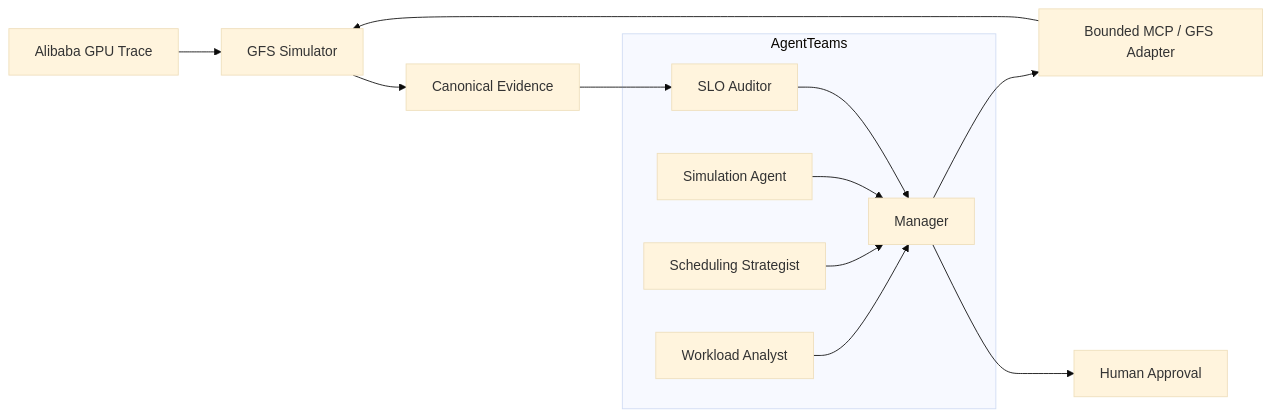
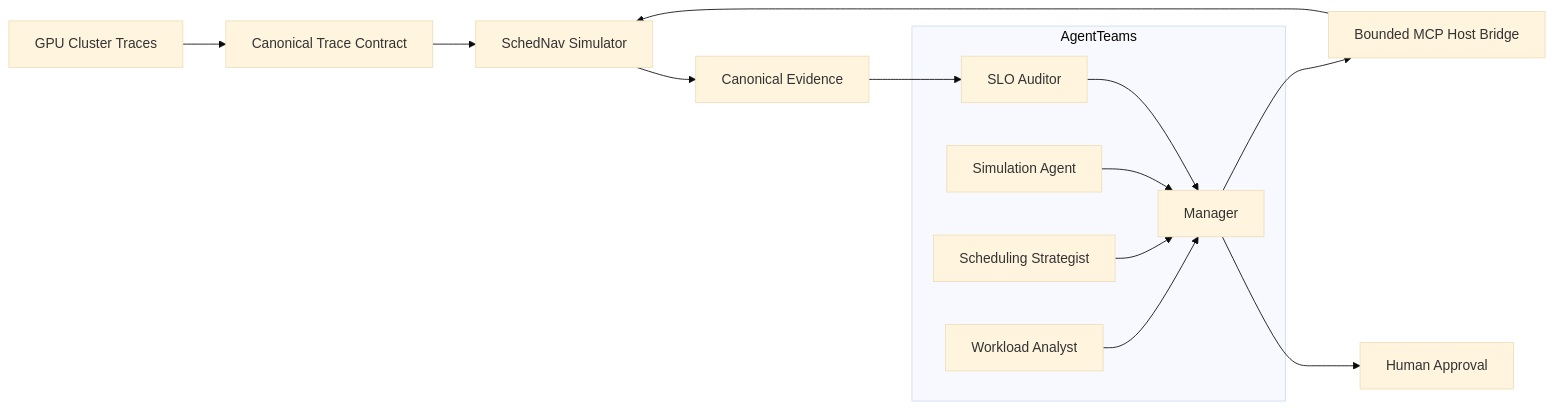
One commit to Hai-qq/SchedNav changed the diagram in README.md. Above: the diagram before and after it, drawn with Mermaid (base theme). The commit also changed other lines of this file and 134 other files, not shown here.

Commit message:
feat: make SchedNav a standalone multi-trace control plane

````diff
--- a/README.md
+++ b/README.md
@@ -25,22 +26,23 @@
 ```mermaid
 flowchart LR
-    T["Alibaba GPU Trace"] --> G["GFS Simulator"]
+    D["GPU Cluster Traces"] --> N["Canonical Trace Contract"]
+    N --> E["SchedNav Simulator"]
 
     subgraph AT["AgentTeams"]
         W["Workload Analyst"]
         S["Scheduling Strategist"]
         X["Simulation Agent"]
         A["SLO Auditor"]
         M["Manager"]
         W --> M
         S --> M
         X --> M
         A --> M
     end
 
-    M --> B["Bounded MCP / GFS Adapter"]
-    B --> G
-    G --> E["Canonical Evidence"]
-    E --> A
+    M --> B["Bounded MCP Host Bridge"]
+    B --> E
+    E --> C["Canonical Evidence"]
+    C --> A
     M --> H["Human Approval"]
 ```
````
